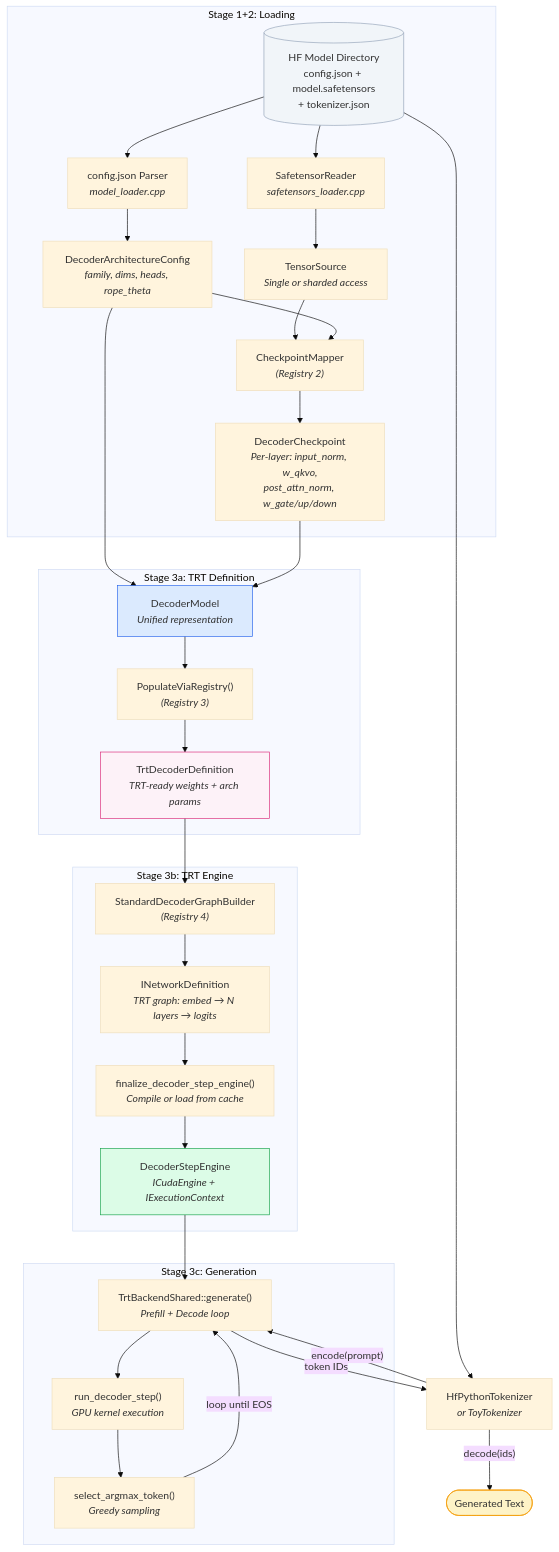
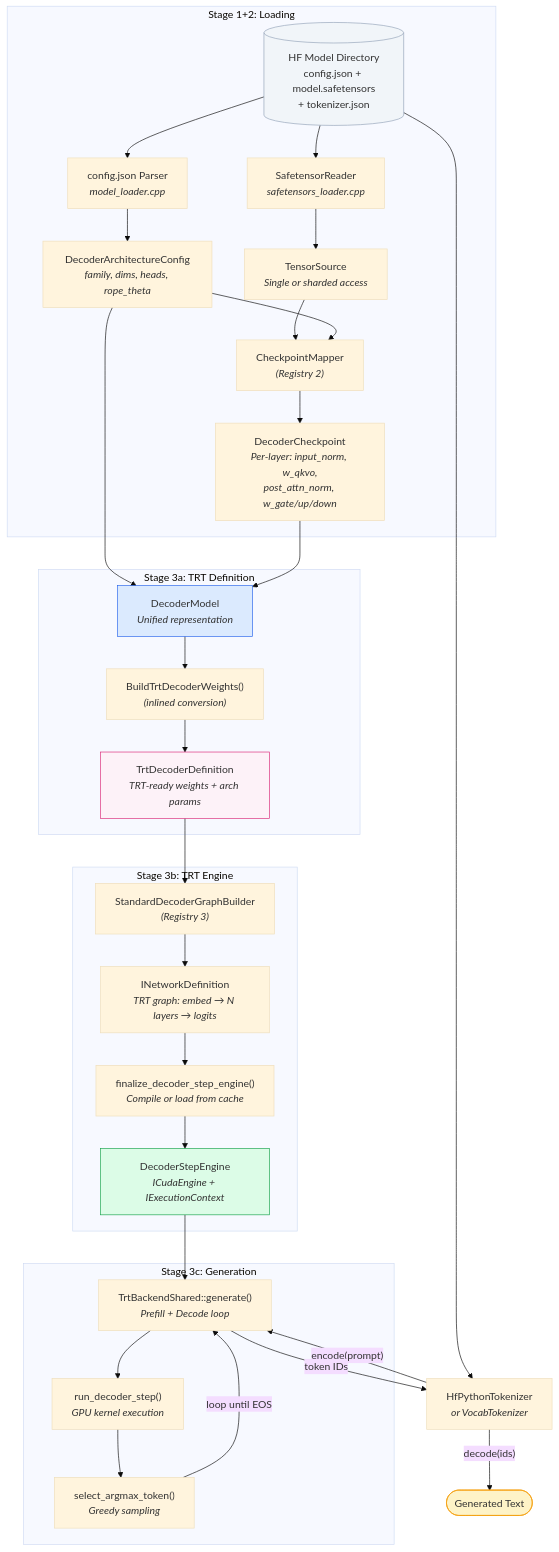
The eighth of 8 diagrams in docs/wiki/Dynamic-Design.md (AbishekCoder1/TensorRT-Model-Connect), drawn with Mermaid (base theme) before and after one commit. The commit also changed other lines of this file and 76 other files, not shown here.

````diff
--- a/docs/wiki/Dynamic-Design.md
+++ b/docs/wiki/Dynamic-Design.md
@@ -459,46 +457,46 @@
 ```mermaid
 flowchart TD
     A[("HF Model Directory<br/>config.json + model.safetensors<br/>+ tokenizer.json")] --> B
 
     subgraph "Stage 1+2: Loading"
         B["config.json Parser<br/><i>model_loader.cpp</i>"] --> C["DecoderArchitectureConfig<br/><i>family, dims, heads, rope_theta</i>"]
         A --> D["SafetensorReader<br/><i>safetensors_loader.cpp</i>"]
         D --> E["TensorSource<br/><i>Single or sharded access</i>"]
         E --> F["CheckpointMapper<br/><i>(Registry 2)</i>"]
         C --> F
         F --> G["DecoderCheckpoint<br/><i>Per-layer: input_norm, w_qkvo,<br/>post_attn_norm, w_gate/up/down</i>"]
     end
 
     C --> H["DecoderModel<br/><i>Unified representation</i>"]
     G --> H
 
     subgraph "Stage 3a: TRT Definition"
-        H --> I["PopulateViaRegistry()<br/><i>(Registry 3)</i>"]
+        H --> I["BuildTrtDecoderWeights()<br/><i>(inlined conversion)</i>"]
         I --> J["TrtDecoderDefinition<br/><i>TRT-ready weights + arch params</i>"]
     end
 
     subgraph "Stage 3b: TRT Engine"
-        J --> K["StandardDecoderGraphBuilder<br/><i>(Registry 4)</i>"]
+        J --> K["StandardDecoderGraphBuilder<br/><i>(Registry 3)</i>"]
         K --> L["INetworkDefinition<br/><i>TRT graph: embed → N layers → logits</i>"]
         L --> M["finalize_decoder_step_engine()<br/><i>Compile or load from cache</i>"]
         M --> N["DecoderStepEngine<br/><i>ICudaEngine + IExecutionContext</i>"]
     end
 
     subgraph "Stage 3c: Generation"
         N --> O["TrtBackendShared::generate()<br/><i>Prefill + Decode loop</i>"]
         O --> P["run_decoder_step()<br/><i>GPU kernel execution</i>"]
         P --> Q["select_argmax_token()<br/><i>Greedy sampling</i>"]
         Q -->|"loop until EOS"| O
     end
 
-    A --> R["HfPythonTokenizer<br/><i>or ToyTokenizer</i>"]
+    A --> R["HfPythonTokenizer<br/><i>or VocabTokenizer</i>"]
     R -->|"encode(prompt)"| O
     O -->|"token IDs"| R
     R -->|"decode(ids)"| S(["Generated Text"])
 
     style A fill:#f1f5f9,stroke:#94a3b8
     style H fill:#dbeafe,stroke:#2563eb
     style J fill:#fdf2f8,stroke:#db2777
     style N fill:#dcfce7,stroke:#16a34a
     style S fill:#fef3c7,stroke:#f59e0b
 ```
````
